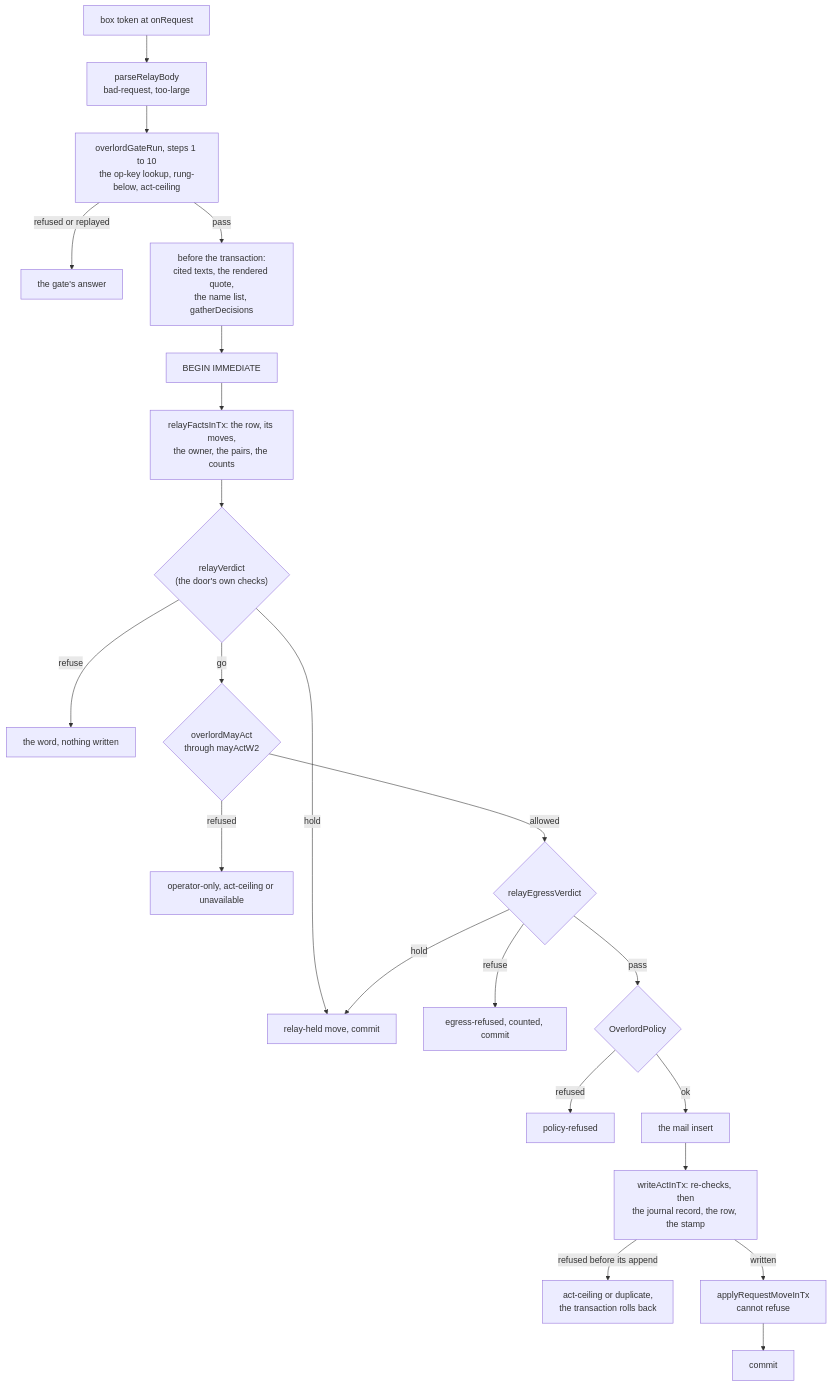
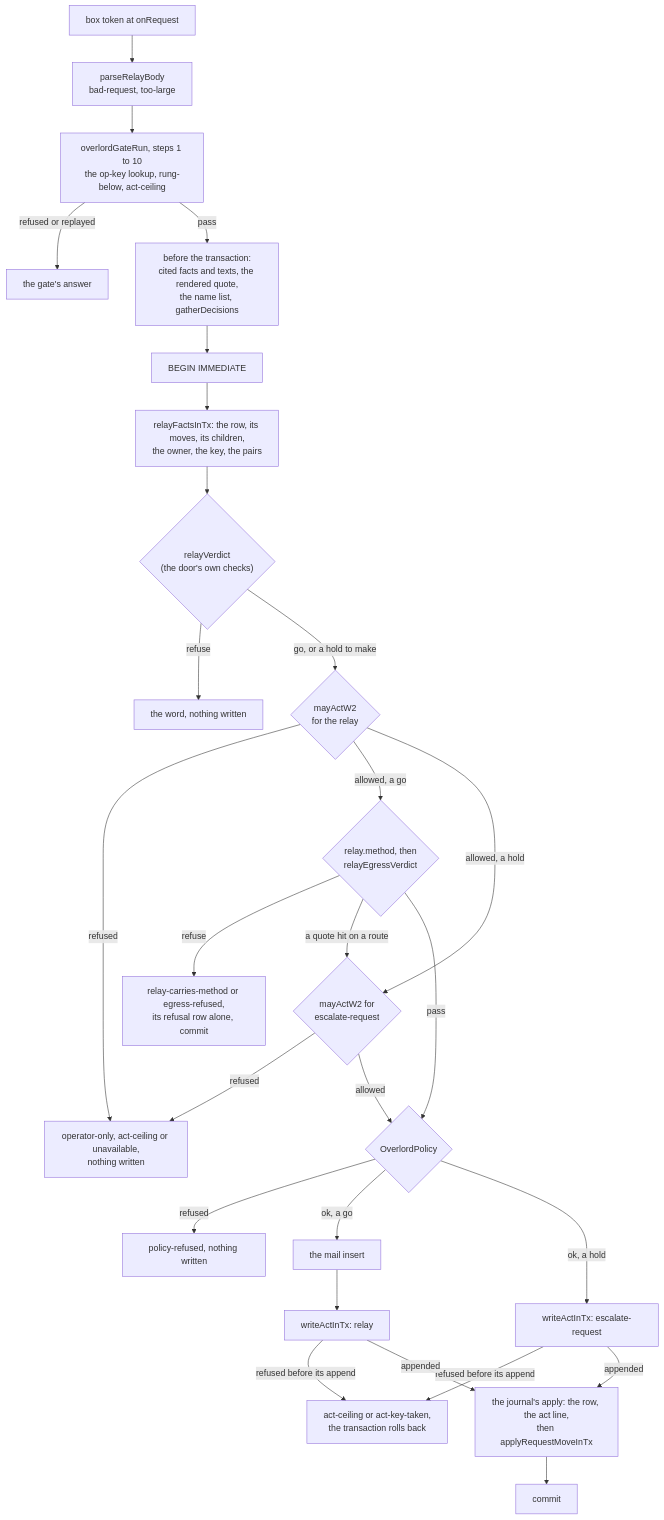
The first of 4 diagrams in docs/superpowers/plans/2026-11-16-overlord-w2/w2-relay.md (Synapsium-Labs/ccrc-pwa), drawn with Mermaid before and after one commit. The commit also changed other lines of this file, not shown here.

First line of the commit message:
docs(plan): fix round 1 of the Overlord W2 relay plan (review 2284)

````diff
--- a/docs/superpowers/plans/2026-11-16-overlord-w2/w2-relay.md
+++ b/docs/superpowers/plans/2026-11-16-overlord-w2/w2-relay.md
@@ -334,24 +390,29 @@
 ```mermaid
 flowchart TD
   T["box token at onRequest"] --> B["parseRelayBody<br/>bad-request, too-large"]
   B --> G["overlordGateRun, steps 1 to 10<br/>the op-key lookup, rung-below, act-ceiling"]
   G -->|"refused or replayed"| X["the gate's answer"]
-  G -->|"pass"| PRE["before the transaction:<br/>cited texts, the rendered quote,<br/>the name list, gatherDecisions"]
+  G -->|"pass"| PRE["before the transaction:<br/>cited facts and texts, the rendered quote,<br/>the name list, gatherDecisions"]
   PRE --> TX["BEGIN IMMEDIATE"]
-  TX --> F["relayFactsInTx: the row, its moves,<br/>the owner, the pairs, the counts"]
+  TX --> F["relayFactsInTx: the row, its moves, its children,<br/>the owner, the key, the pairs"]
   F --> V{"relayVerdict<br/>(the door's own checks)"}
   V -->|"refuse"| R1["the word, nothing written"]
-  V -->|"hold"| H["relay-held move, commit"]
-  V -->|"go"| M{"overlordMayAct<br/>through mayActW2"}
-  M -->|"refused"| R2["operator-only, act-ceiling or unavailable"]
-  M -->|"allowed"| E{"relayEgressVerdict"}
-  E -->|"refuse"| R3["egress-refused, counted, commit"]
-  E -->|"hold"| H
+  V -->|"go, or a hold to make"| M{"mayActW2<br/>for the relay"}
+  M -->|"refused"| R2["operator-only, act-ceiling or unavailable,<br/>nothing written"]
+  M -->|"allowed, a go"| E{"relay.method, then<br/>relayEgressVerdict"}
+  M -->|"allowed, a hold"| MH{"mayActW2 for<br/>escalate-request"}
+  E -->|"refuse"| R3["relay-carries-method or egress-refused,<br/>its refusal row alone, commit"]
+  E -->|"a quote hit on a route"| MH
   E -->|"pass"| P{"OverlordPolicy"}
-  P -->|"refused"| R4["policy-refused"]
-  P -->|"ok"| W["the mail insert"]
-  W --> A["writeActInTx: re-checks, then<br/>the journal record, the row, the stamp"]
-  A -->|"refused before its append"| R5["act-ceiling or duplicate,<br/>the transaction rolls back"]
-  A -->|"written"| AP["applyRequestMoveInTx<br/>cannot refuse"]
+  MH -->|"refused"| R2
+  MH -->|"allowed"| P
+  P -->|"refused"| R4["policy-refused, nothing written"]
+  P -->|"ok, a go"| W["the mail insert"]
+  W --> A["writeActInTx: relay"]
+  P -->|"ok, a hold"| AH["writeActInTx: escalate-request"]
+  A -->|"refused before its append"| R5["act-ceiling or act-key-taken,<br/>the transaction rolls back"]
+  AH -->|"refused before its append"| R5
+  A -->|"appended"| AP["the journal's apply: the row, the act line,<br/>then applyRequestMoveInTx"]
+  AH -->|"appended"| AP
   AP --> C["commit"]
 ```
````
